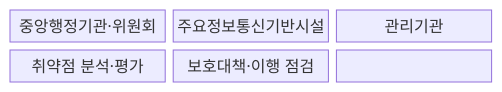
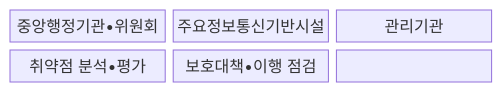
One commit to agnusdei1207/knowledge-base changed the first of 2 diagrams in src/content/docs/notes/07-law-policy/025_critical_infrastructure_protection_act.md. Above: the diagram before and after it, drawn with Mermaid. The commit also changed other lines of this file and 953 other files, not shown here.

````diff
--- a/src/content/docs/notes/07-law-policy/025_critical_infrastructure_protection_act.md
+++ b/src/content/docs/notes/07-law-policy/025_critical_infrastructure_protection_act.md
@@ -67,11 +67,11 @@
 ```mermaid
 block-beta
   columns 3
-  N0["중앙행정기관·위원회"]
+  N0["중앙행정기관•위원회"]
   N1["주요정보통신기반시설"]
   N2["관리기관"]
-  N3["취약점 분석·평가"]
-  N4["보호대책·이행 점검"]
+  N3["취약점 분석•평가"]
+  N4["보호대책•이행 점검"]
   N0 --- N1 --- N2
   N2 --- N3 --- N4
 ```
````
